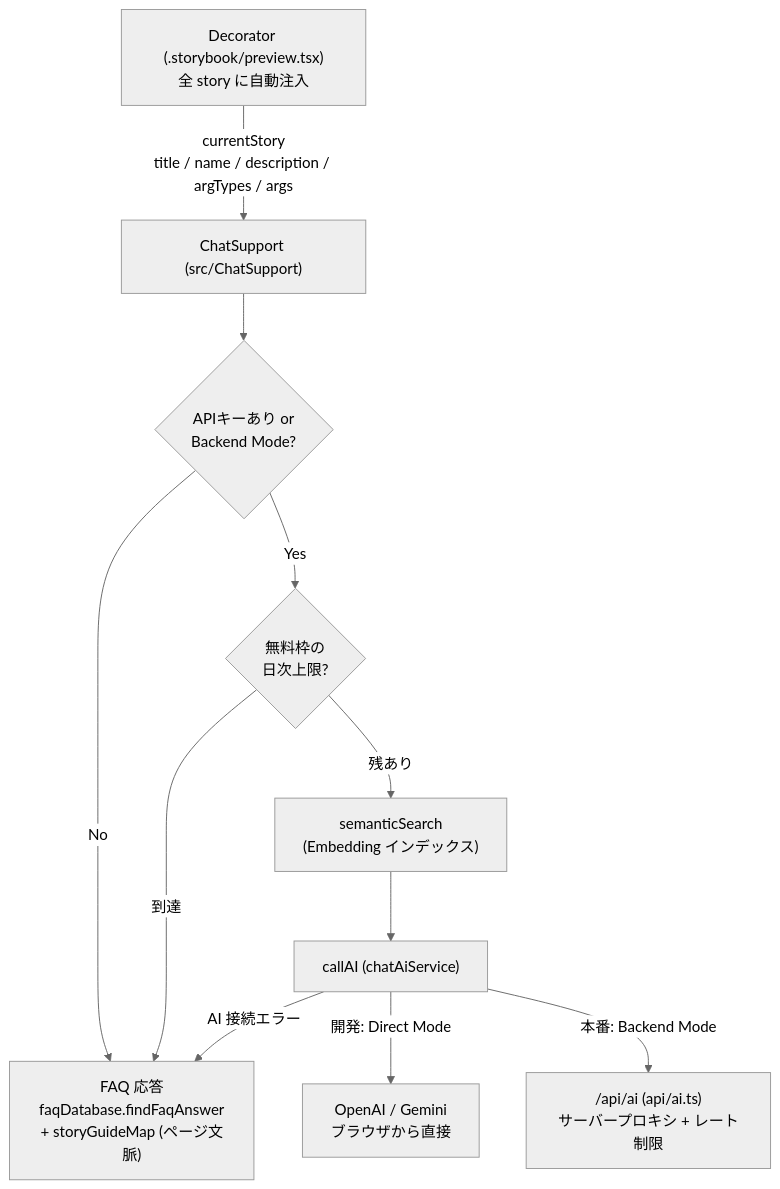
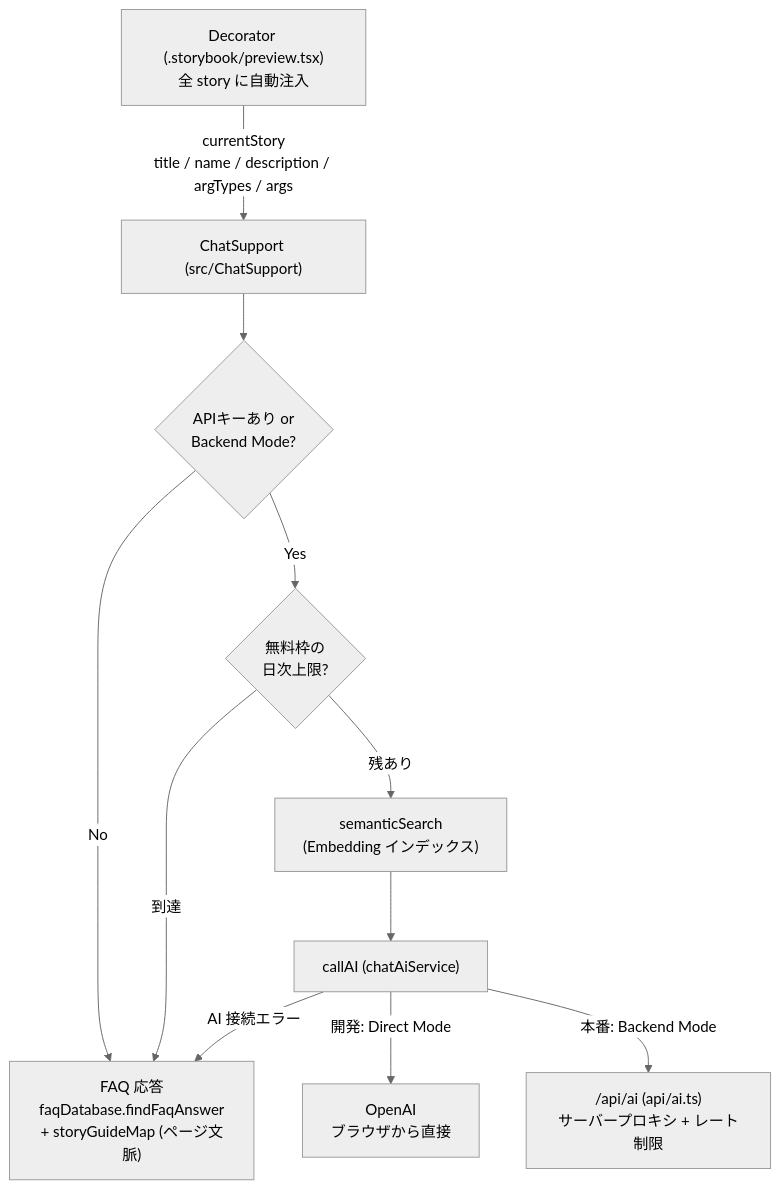
One commit to BoxPistols/storybook-concierge changed the diagram in README.md. Above: the diagram before and after it, drawn with Mermaid (neutral theme). The commit also changed other lines of this file and 1 other file, not shown here.

````diff
--- a/README.md
+++ b/README.md
@@ -116,13 +126,13 @@
 ```mermaid
 flowchart TD
     A["Decorator (.storybook/preview.tsx)<br/>全 story に自動注入"] -->|"currentStory<br/>title / name / description / argTypes / args"| B["ChatSupport (src/ChatSupport)"]
     B --> C{"APIキーあり or<br/>Backend Mode?"}
     C -->|"No"| F["FAQ 応答<br/>faqDatabase.findFaqAnswer<br/>+ storyGuideMap (ページ文脈)"]
     C -->|"Yes"| D{"無料枠の<br/>日次上限?"}
     D -->|"到達"| F
     D -->|"残あり"| E["semanticSearch<br/>(Embedding インデックス)"]
     E --> G["callAI (chatAiService)"]
-    G -->|"開発: Direct Mode"| H["OpenAI / Gemini<br/>ブラウザから直接"]
+    G -->|"開発: Direct Mode"| H["OpenAI<br/>ブラウザから直接"]
     G -->|"本番: Backend Mode"| I["/api/ai (api/ai.ts)<br/>サーバープロキシ + レート制限"]
     G -->|"AI 接続エラー"| F
 ```
````
